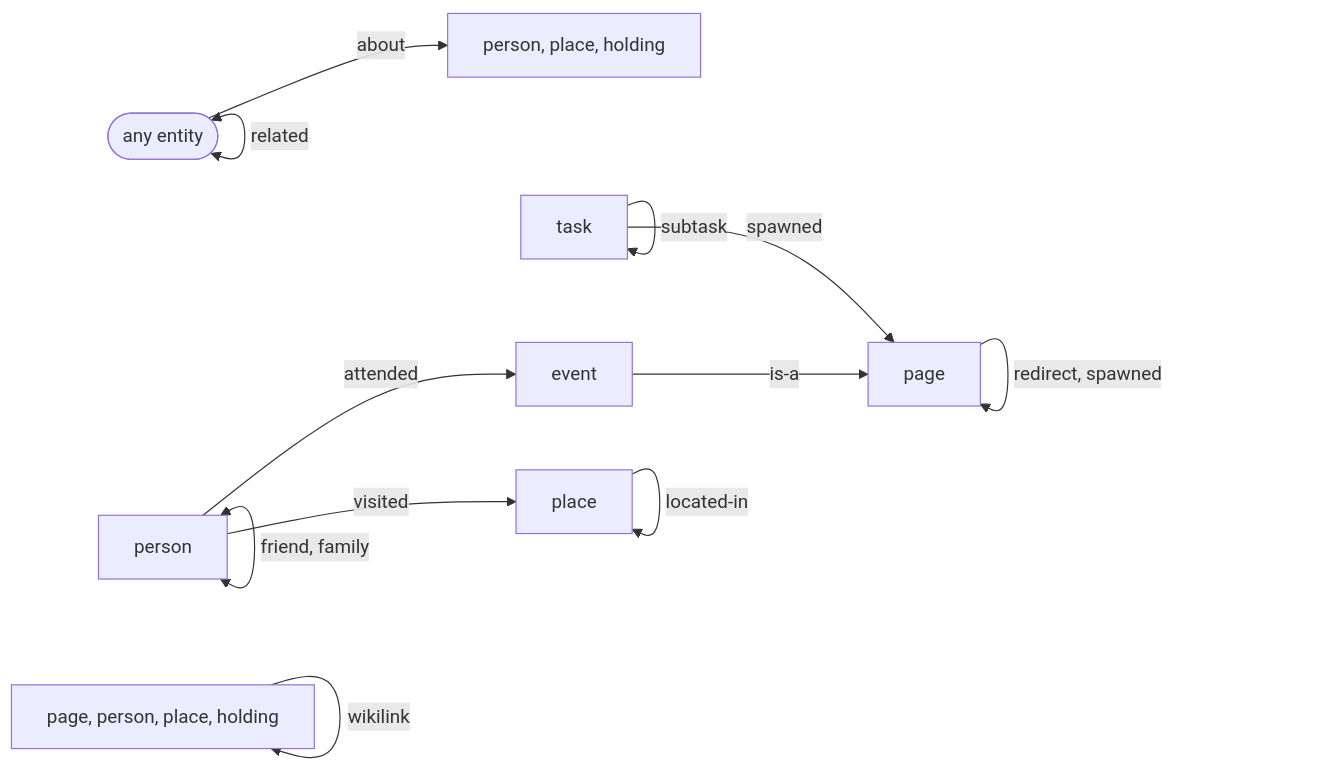
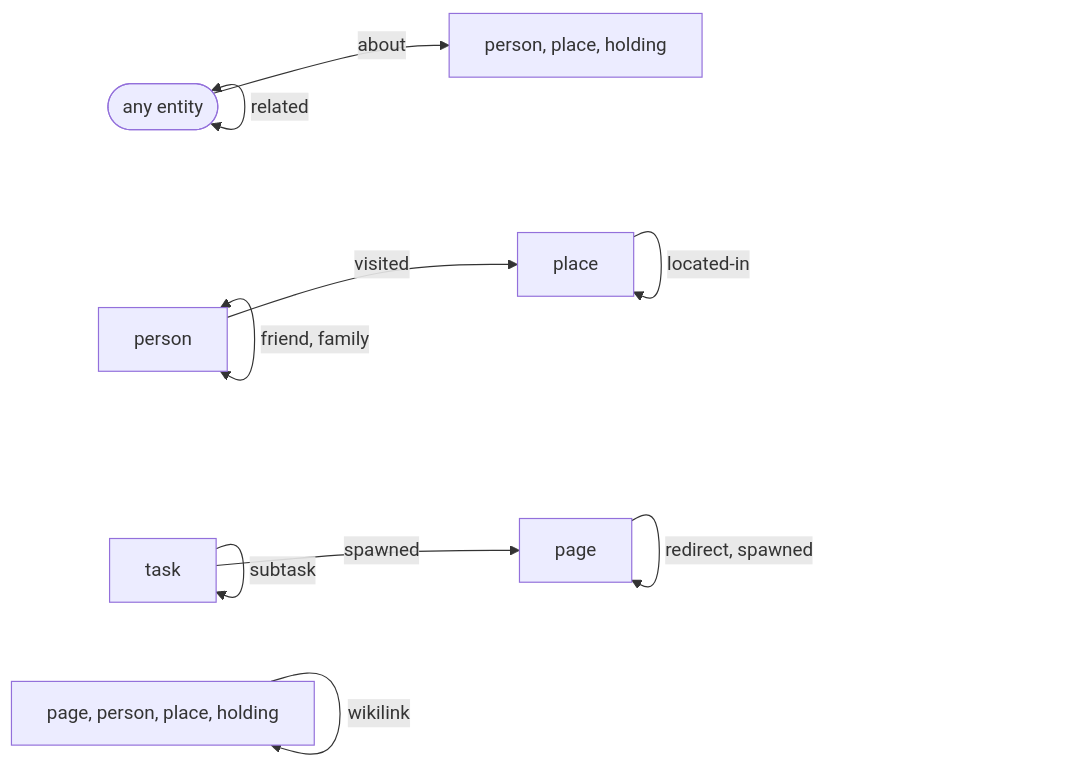
Before and after one commit to alexradunet/lifelogdb: the sixth of 8 diagrams in SCHEMA.md, drawn with Mermaid. The commit also changed other lines of this file and 21 other files, not shown here.

````diff
--- a/SCHEMA.md
+++ b/SCHEMA.md
@@ -1196,25 +1151,22 @@
 ```mermaid
 %% diagram: link-map
 flowchart LR
     any(["any entity"])
     person["person"]
-    event["event"]
     place["place"]
     task["task"]
     page["page"]
     named["person, place, holding"]
     titled["page, person, place, holding"]
 
     any -->|"about"| named
     any <-->|"related"| any
-    person -->|"attended"| event
-    event -->|"is-a"| page
     person -->|"visited"| place
     person -->|"parent-of"| person
     person <-->|"friend, family"| person
     place -->|"located-in"| place
     task -->|"subtask"| task
     task -->|"spawned"| page
     page -->|"redirect, spawned"| page
     titled -->|"wikilink"| titled
 ```
````
